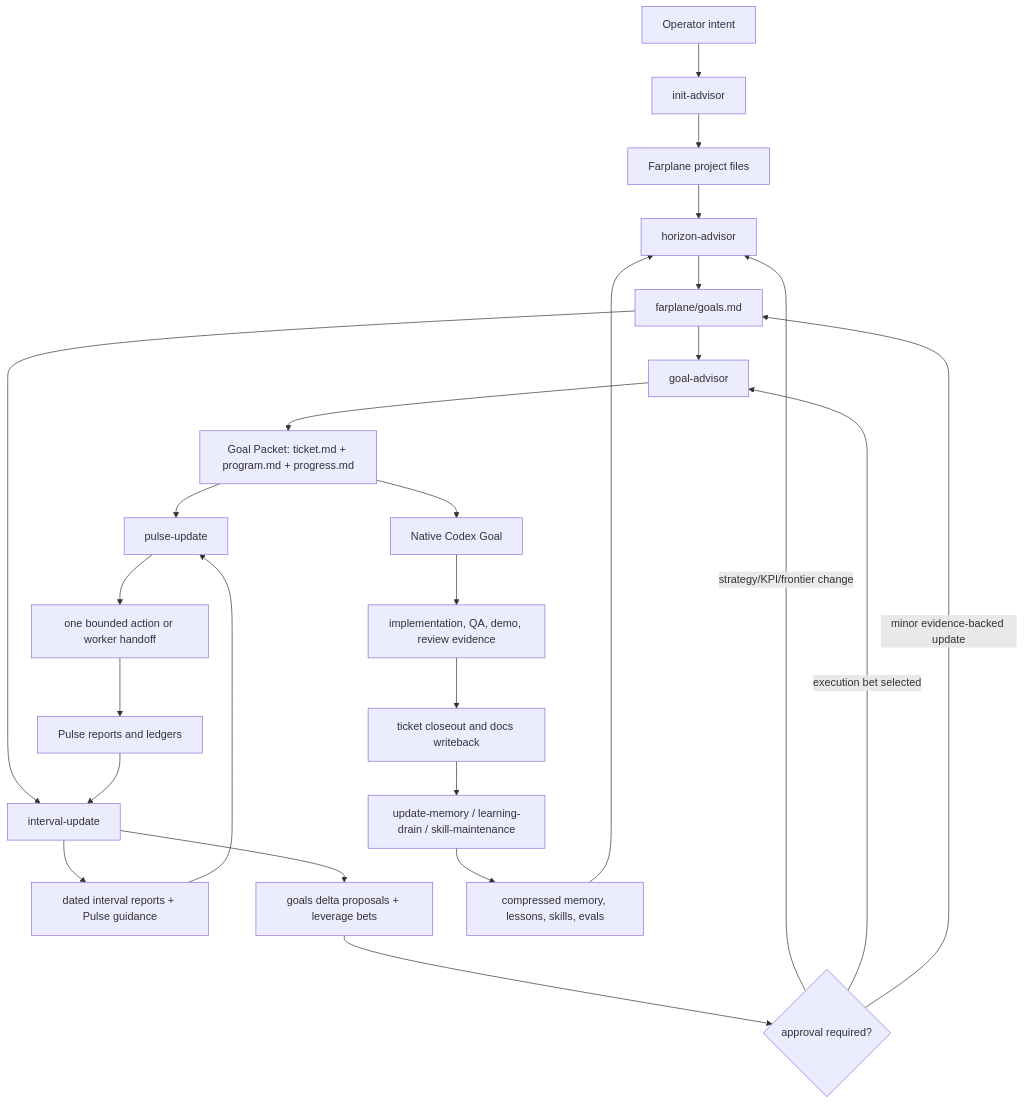
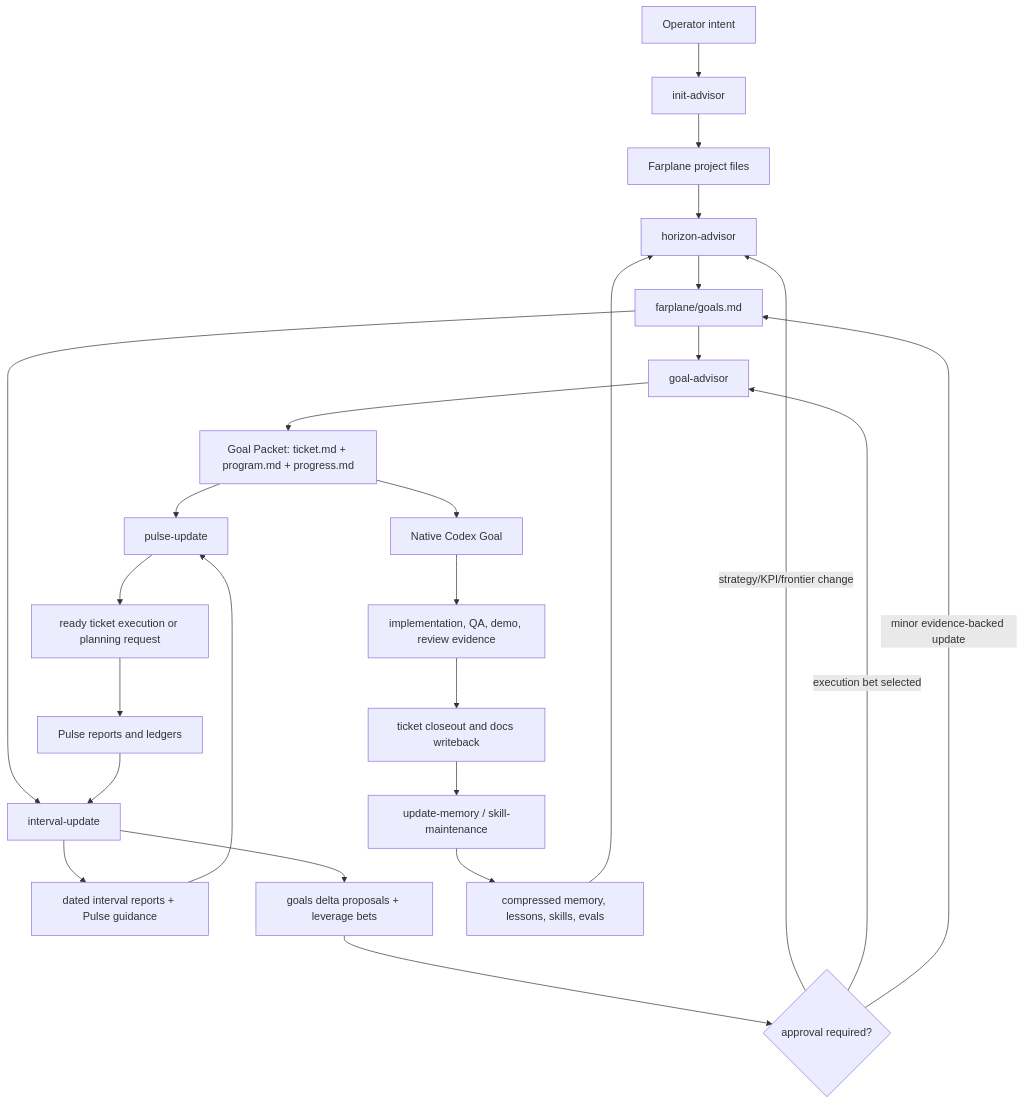
The diagram in docs/farplane-framework/lifecycle.md (ZanarkandTechnologies/Farplane), drawn with Mermaid before and after one commit. The commit also changed other lines of this file and 83 other files, not shown here.

````diff
--- a/docs/farplane-framework/lifecycle.md
+++ b/docs/farplane-framework/lifecycle.md
@@ -92,27 +92,27 @@
 ```mermaid
 flowchart TD
   A["Operator intent"] --> B["init-advisor"]
   B --> C["Farplane project files"]
   C --> D["horizon-advisor"]
   D --> E["farplane/goals.md"]
   E --> F["goal-advisor"]
   F --> G["Goal Packet: ticket.md + program.md + progress.md"]
   G --> H["Native Codex Goal"]
   H --> I["implementation, QA, demo, review evidence"]
   I --> J["ticket closeout and docs writeback"]
   E --> K["interval-update"]
   K --> L["dated interval reports + Pulse guidance"]
   K --> R["goals delta proposals + leverage bets"]
   R --> S{"approval required?"}
   S -->|strategy/KPI/frontier change| D
   S -->|execution bet selected| F
   S -->|minor evidence-backed update| E
   G --> M["pulse-update"]
   L --> M
-  M --> N["one bounded action or worker handoff"]
+  M --> N["ready ticket execution or planning request"]
   N --> O["Pulse reports and ledgers"]
   O --> K
-  J --> P["update-memory / learning-drain / skill-maintenance"]
+  J --> P["update-memory / skill-maintenance"]
   P --> Q["compressed memory, lessons, skills, evals"]
   Q --> D
 ```
````
